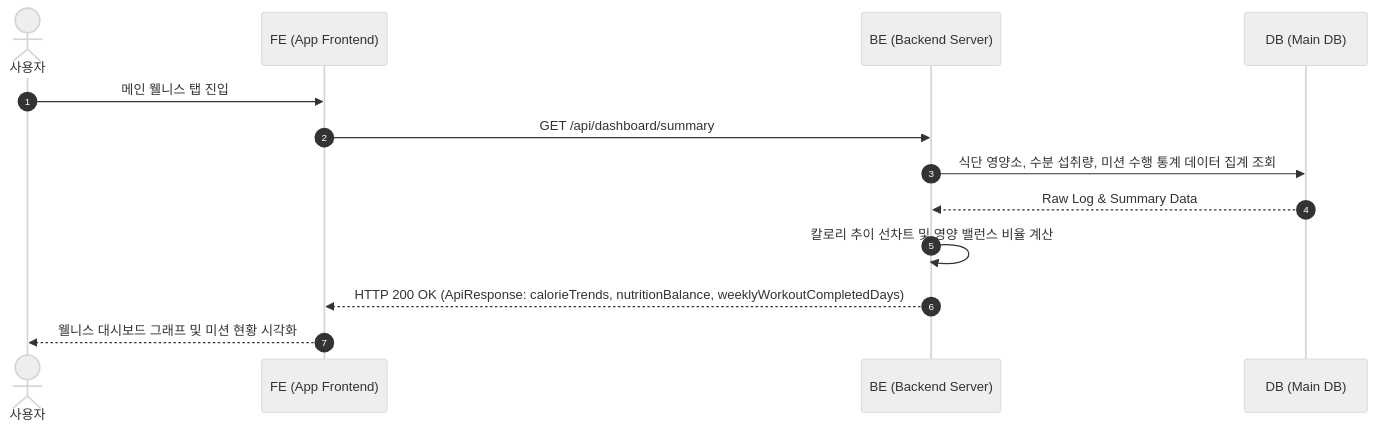
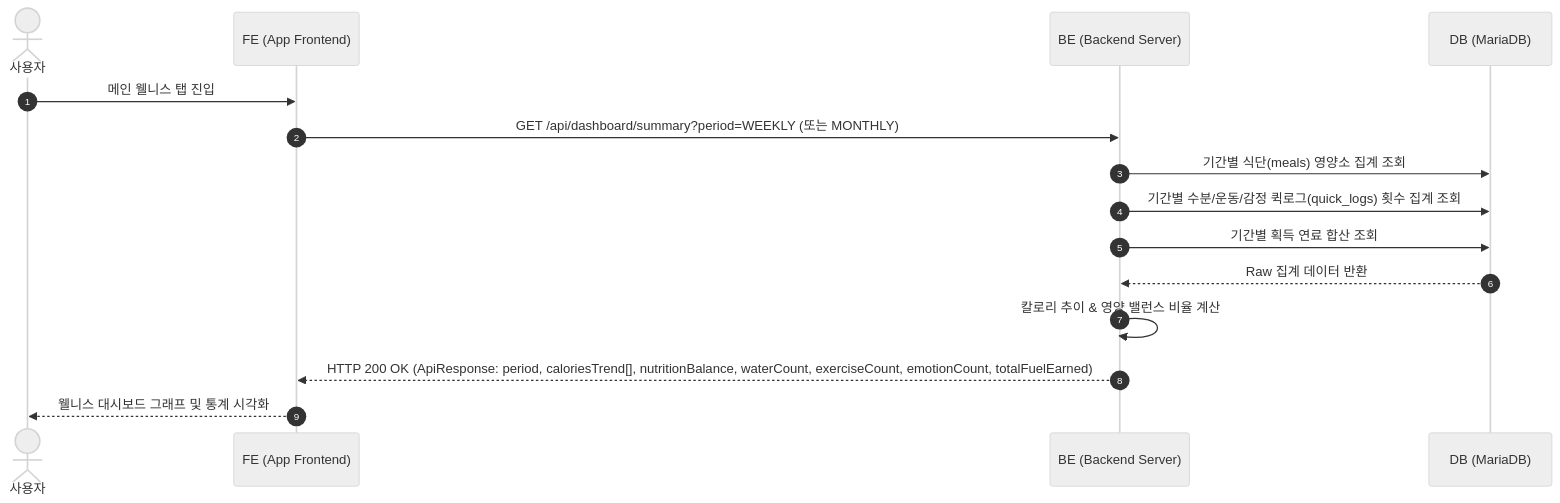
Before and after one commit to wooddang-gachon/NASA_backEnd: the seventh of 13 diagrams in docs/2. v3/4. Sequence Diagram.md, drawn with Mermaid (neutral theme). The commit also changed other lines of this file and 67 other files, not shown here.

````diff
--- a/docs/2. v3/4. Sequence Diagram.md
+++ b/docs/2. v3/4. Sequence Diagram.md
@@ -197,16 +244,18 @@
 ```mermaid
 sequenceDiagram
     autonumber
     actor User as 사용자
     participant FE as FE (App Frontend)
     participant BE as BE (Backend Server)
-    participant DB as DB (Main DB)
+    participant DB as DB (MariaDB)
 
     User->>FE: 메인 웰니스 탭 진입
-    FE->>BE: GET /api/dashboard/summary
-    BE->>DB: 식단 영양소, 수분 섭취량, 미션 수행 통계 데이터 집계 조회
-    DB-->>BE: Raw Log & Summary Data
-    BE->>BE: 칼로리 추이 선차트 및 영양 밸런스 비율 계산
-    BE-->>FE: HTTP 200 OK (ApiResponse: calorieTrends, nutritionBalance, weeklyWorkoutCompletedDays)
-    FE-->>User: 웰니스 대시보드 그래프 및 미션 현황 시각화
+    FE->>BE: GET /api/dashboard/summary?period=WEEKLY (또는 MONTHLY)
+    BE->>DB: 기간별 식단(meals) 영양소 집계 조회
+    BE->>DB: 기간별 수분/운동/감정 퀵로그(quick_logs) 횟수 집계 조회
+    BE->>DB: 기간별 획득 연료 합산 조회
+    DB-->>BE: Raw 집계 데이터 반환
+    BE->>BE: 칼로리 추이 & 영양 밸런스 비율 계산
+    BE-->>FE: HTTP 200 OK (ApiResponse: period, caloriesTrend[], nutritionBalance, waterCount, exerciseCount, emotionCount, totalFuelEarned)
+    FE-->>User: 웰니스 대시보드 그래프 및 통계 시각화
 ```
````
